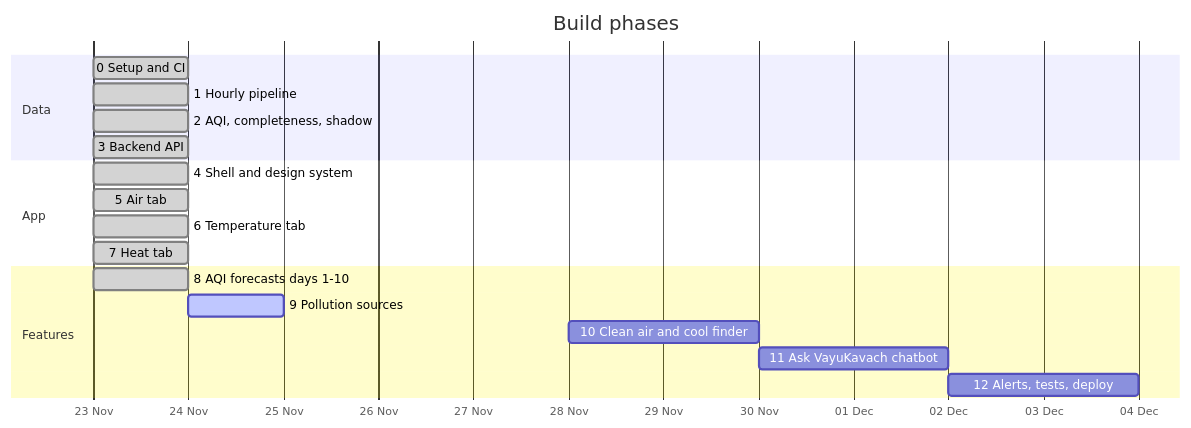
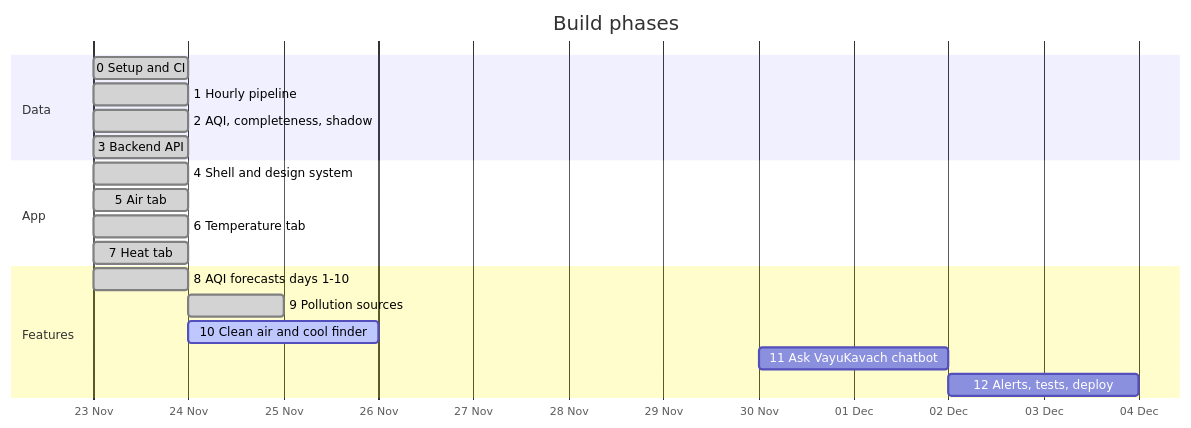
The seventh of 7 diagrams in README.md (tanaygit0530/Vayukavach), drawn with Mermaid before and after one commit. The commit also changed other lines of this file and 23 other files, not shown here.

Commit message:
Phase 9: pollution sources (source_shares table, APnA study shares for 5 cities, IITM DSS daily for Delhi entered manually, /air/{d}/sources, Air-tab card); fix drawer under map and CSS-variable opacity modifiers

````diff
--- a/README.md
+++ b/README.md
@@ -324,22 +325,22 @@
 ```mermaid
 gantt
   title Build phases
   dateFormat YYYY-MM-DD
   axisFormat %d %b
   section Data
   0 Setup and CI                 :done, 2026-11-23, 1d
   1 Hourly pipeline              :done, 2026-11-23, 1d
   2 AQI, completeness, shadow    :done, 2026-11-23, 1d
   3 Backend API                  :done, 2026-11-23, 1d
   section App
   4 Shell and design system      :done, 2026-11-23, 1d
   5 Air tab                      :done, 2026-11-23, 1d
   6 Temperature tab              :done, 2026-11-23, 1d
   7 Heat tab                     :done, 2026-11-23, 1d
   section Features
   8 AQI forecasts days 1-10      :done, 2026-11-23, 1d
-  9 Pollution sources            :active, 2026-11-24, 1d
-  10 Clean air and cool finder   :2026-11-28, 2d
+  9 Pollution sources            :done, 2026-11-24, 1d
+  10 Clean air and cool finder   :active, 2026-11-24, 2d
   11 Ask VayuKavach chatbot      :2026-11-30, 2d
   12 Alerts, tests, deploy       :2026-12-02, 2d
 ```
````
